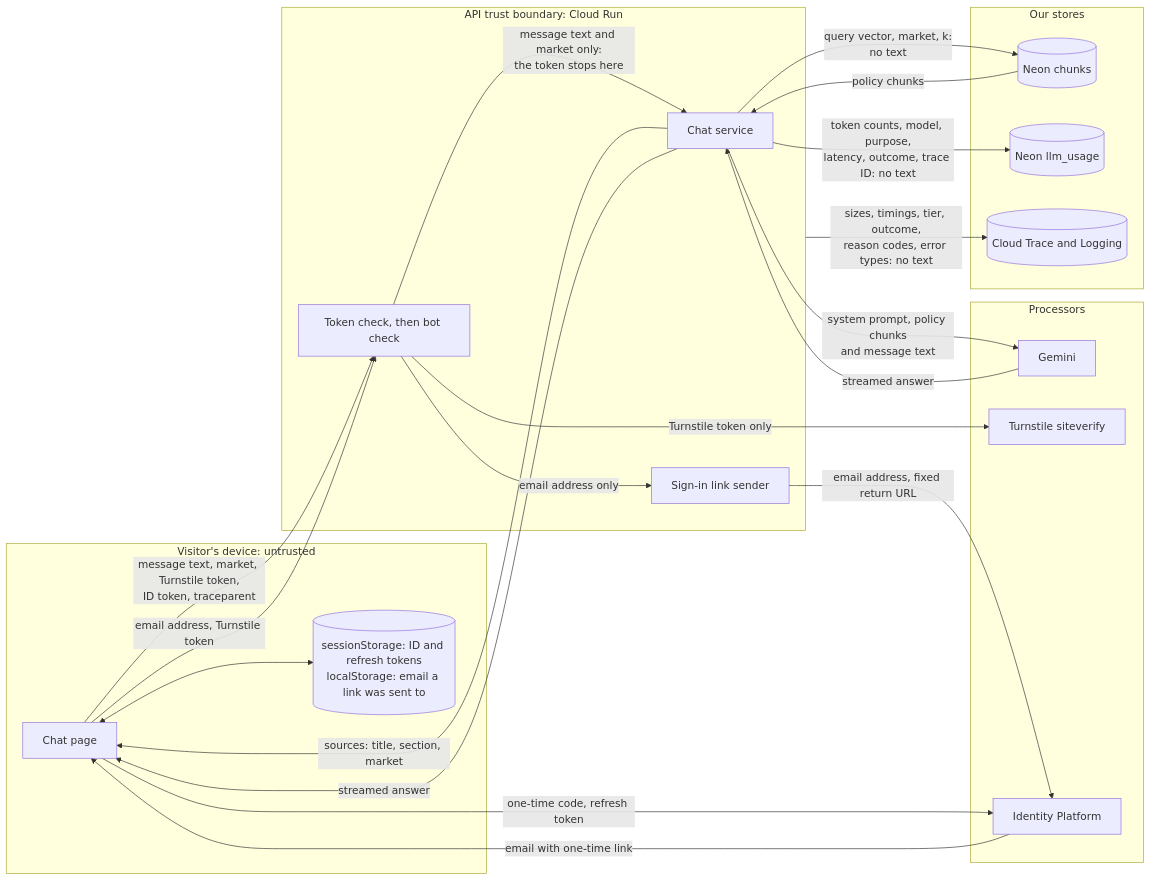
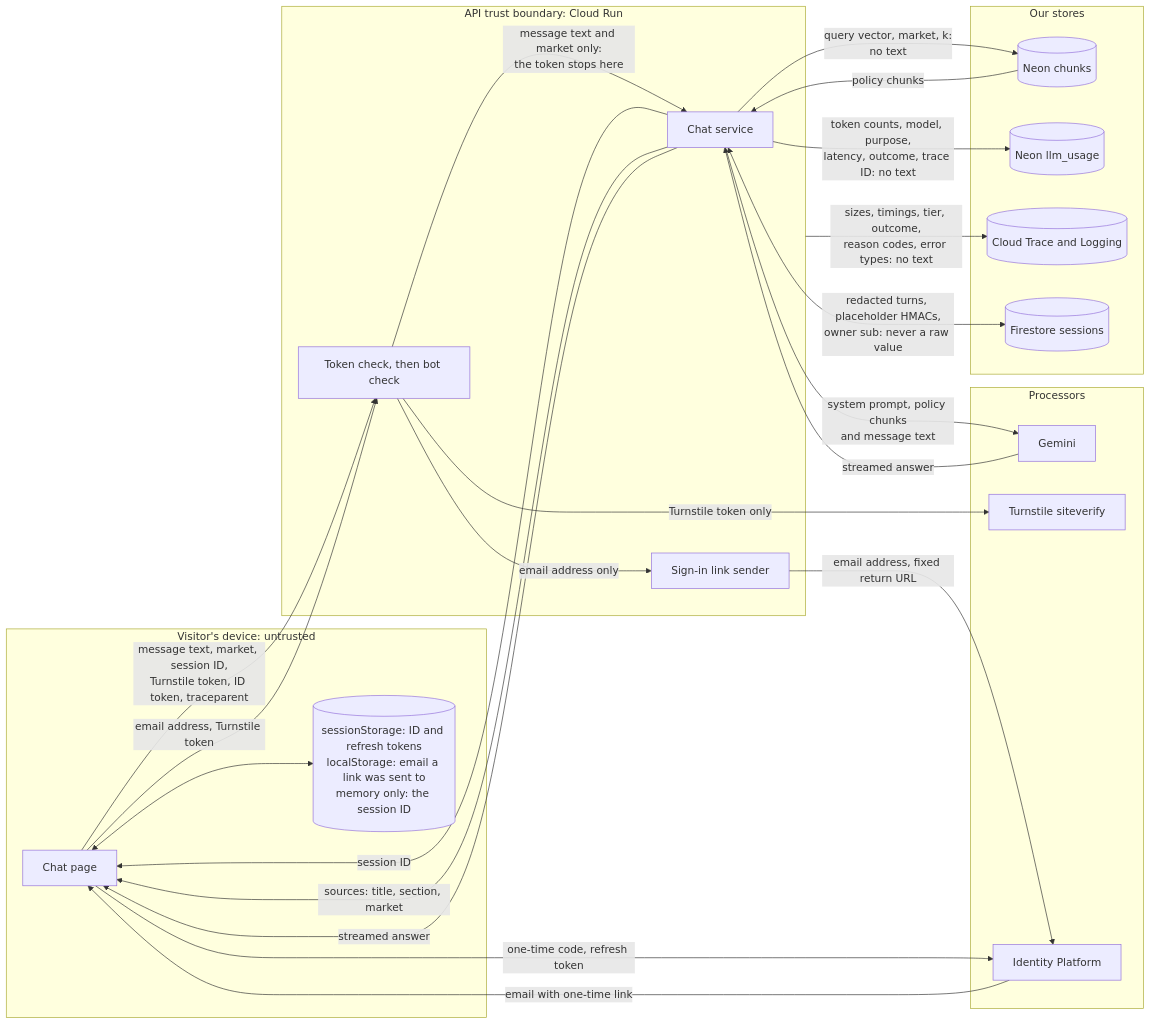
The third of 7 diagrams in docs/design.md (ramirez-ai-labs/spanish-support-chatbot), drawn with Mermaid before and after one commit. The commit also changed other lines of this file and 23 other files, not shown here.

First line of the commit message:
feat: wire sessions into the API and page, with history as separate turns (#146)

````diff
--- a/docs/design.md
+++ b/docs/design.md
@@ -130,43 +133,46 @@
 ```mermaid
 flowchart LR
     subgraph device["Visitor's device: untrusted"]
         page["Chat page"]
-        store[("sessionStorage: ID and refresh tokens<br/>localStorage: email a link was sent to")]
+        store[("sessionStorage: ID and refresh tokens<br/>localStorage: email a link was sent to<br/>memory only: the session ID")]
     end
 
     subgraph api["API trust boundary: Cloud Run"]
         checks["Token check, then bot check"]
         core["Chat service"]
         signin["Sign-in link sender"]
     end
 
     subgraph processors["Processors"]
         gemini["Gemini"]
         cfv["Turnstile siteverify"]
         idp["Identity Platform"]
     end
 
     subgraph ours["Our stores"]
         chunks[("Neon chunks")]
         neon[("Neon llm_usage")]
         obs[("Cloud Trace and Logging")]
+        sessions[("Firestore sessions")]
     end
 
     page <--> store
-    page -- "message text, market, Turnstile token,<br/>ID token, traceparent" --> checks
+    page -- "message text, market, session ID,<br/>Turnstile token, ID token, traceparent" --> checks
     page -- "email address, Turnstile token" --> checks
     checks -- "Turnstile token only" --> cfv
     checks -- "message text and market only:<br/>the token stops here" --> core
     checks -- "email address only" --> signin
     core -- "query vector, market, k:<br/>no text" --> chunks
+    core <-- "redacted turns, placeholder HMACs,<br/>owner sub: never a raw value" --> sessions
+    core -- "session ID" --> page
     chunks -- "policy chunks" --> core
     core -- "system prompt, policy chunks<br/>and message text" --> gemini
     core -- "sources: title, section, market" --> page
     gemini -- "streamed answer" --> core
     core -- "streamed answer" --> page
     signin -- "email address, fixed return URL" --> idp
     idp -- "email with one-time link" --> page
     page -- "one-time code, refresh token" --> idp
     core -- "token counts, model, purpose,<br/>latency, outcome, trace ID: no text" --> neon
     api -- "sizes, timings, tier, outcome,<br/>reason codes, error types: no text" --> obs
 ```
````
